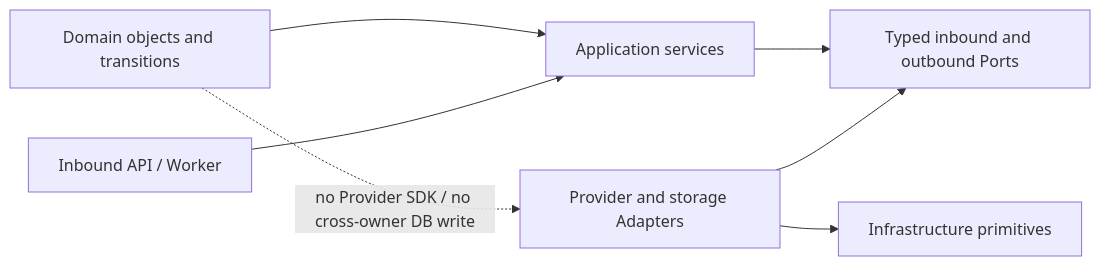
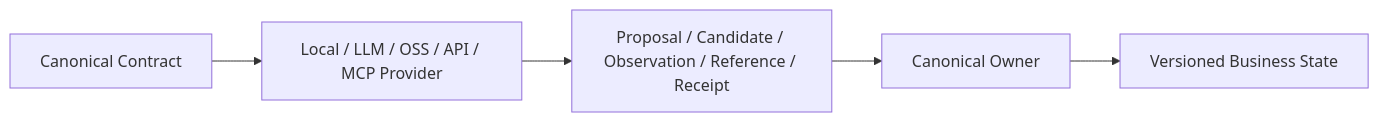
The fourth of 14 diagrams in docs/project/architecture/architecture-views.md (ProfessorZhi/Zuno), drawn with Mermaid before and after one commit. The commit also changed other lines of this file and 99 other files, not shown here.

Commit message:
docs: reframe architecture around Python microservices

````diff
--- a/docs/project/architecture/architecture-views.md
+++ b/docs/project/architecture/architecture-views.md
@@ -96,9 +61,9 @@
 ```mermaid
 flowchart LR
-  DOMAIN[Domain objects and transitions] --> APP[Application services]
-  APP --> PORTS[Typed inbound and outbound Ports]
-  ADAPTERS[Provider and storage Adapters] --> PORTS
-  ADAPTERS --> INFRA[Infrastructure primitives]
-  API[Inbound API / Worker] --> APP
-  DOMAIN -.->|no Provider SDK / no cross-owner DB write| ADAPTERS
+  CONTRACT[Canonical Contract]
+  PROVIDER[Local / LLM / OSS / API / MCP Provider]
+  PROPOSAL[Proposal / Candidate / Observation / Reference / Receipt]
+  OWNER[Canonical Owner]
+  CONTRACT --> PROVIDER --> PROPOSAL --> OWNER
+  OWNER --> VERSION[Versioned Business State]
 ```
````
